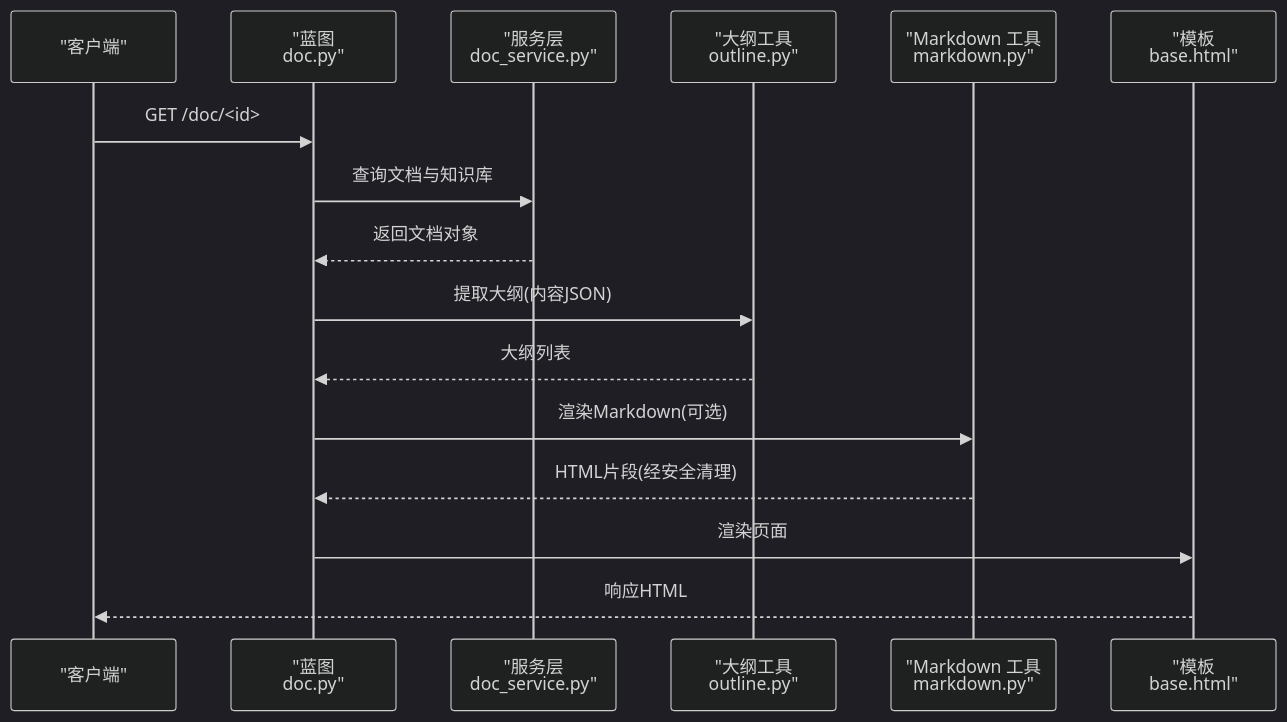
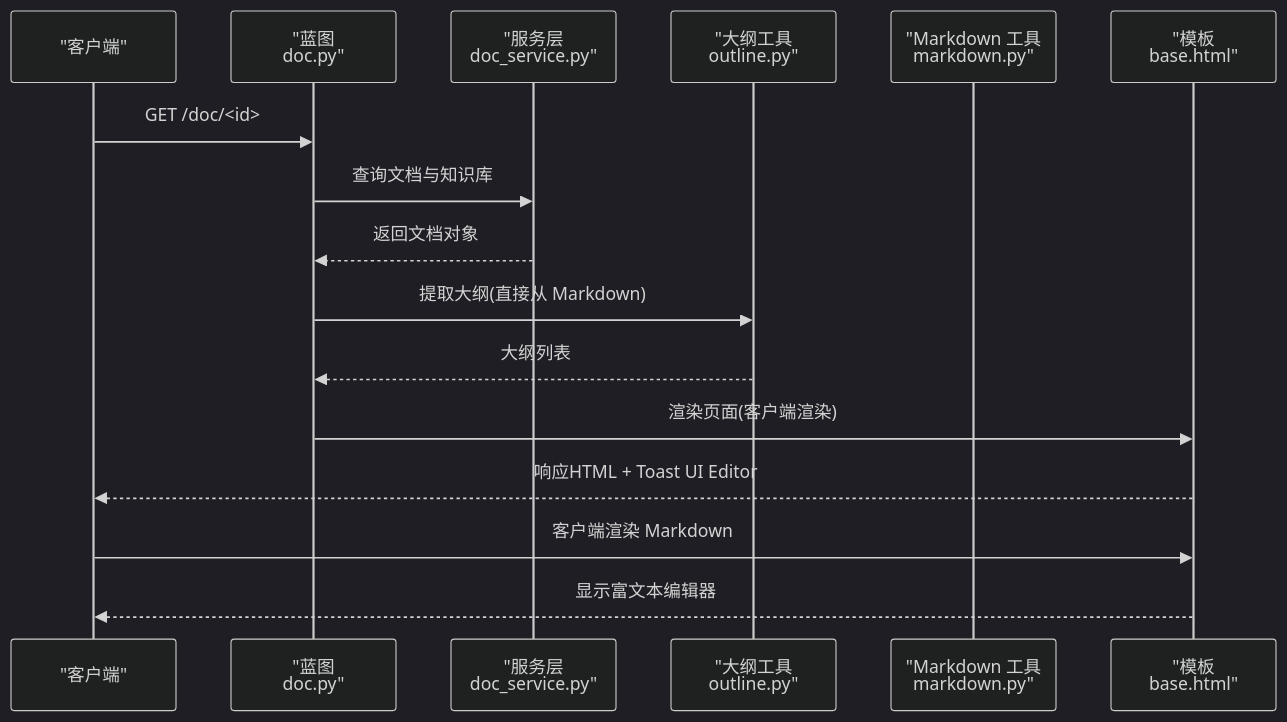
Before and after one commit to beyondalbert/my_wiki: the second of 9 diagrams in .qoder/repowiki/zh/content/核心模块/文档管理系统/内容处理工具.md, drawn with Mermaid (dark theme). The commit also changed other lines of this file and 9 other files, not shown here.

````diff
--- a/.qoder/repowiki/zh/content/核心模块/文档管理系统/内容处理工具.md
+++ b/.qoder/repowiki/zh/content/核心模块/文档管理系统/内容处理工具.md
@@ -109,18 +123,18 @@
 ```mermaid
 sequenceDiagram
 participant C as "客户端"
 participant BP as "蓝图<br/>doc.py"
 participant SVC as "服务层<br/>doc_service.py"
 participant OUT as "大纲工具<br/>outline.py"
 participant MD as "Markdown 工具<br/>markdown.py"
 participant TPL as "模板<br/>base.html"
 C->>BP : GET /doc/<id>
 BP->>SVC : 查询文档与知识库
 SVC-->>BP : 返回文档对象
-BP->>OUT : 提取大纲(内容JSON)
+BP->>OUT : 提取大纲(直接从 Markdown)
 OUT-->>BP : 大纲列表
-BP->>MD : 渲染Markdown(可选)
-MD-->>BP : HTML片段(经安全清理)
-BP->>TPL : 渲染页面
-TPL-->>C : 响应HTML
+BP->>TPL : 渲染页面(客户端渲染)
+TPL-->>C : 响应HTML + Toast UI Editor
+C->>TPL : 客户端渲染 Markdown
+TPL-->>C : 显示富文本编辑器
 ```
````
